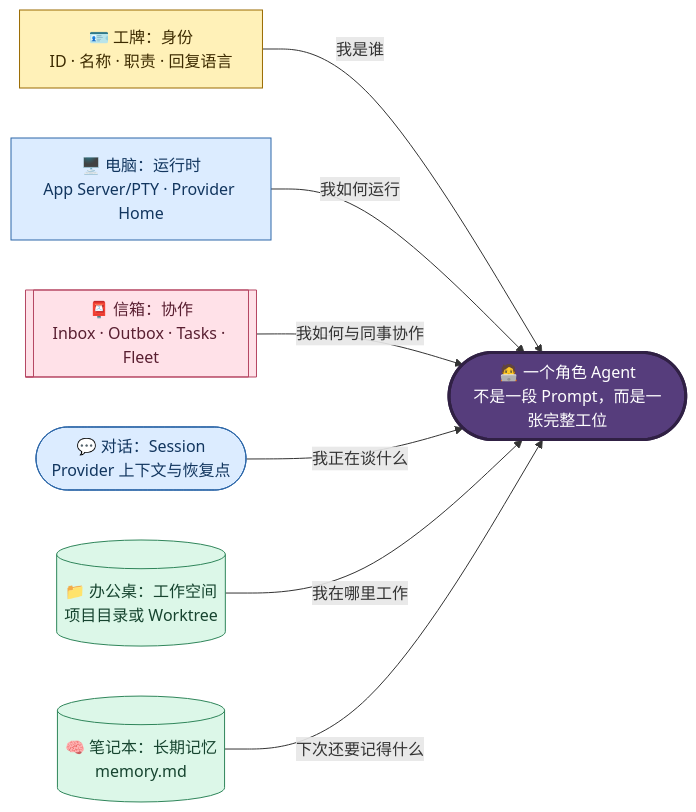
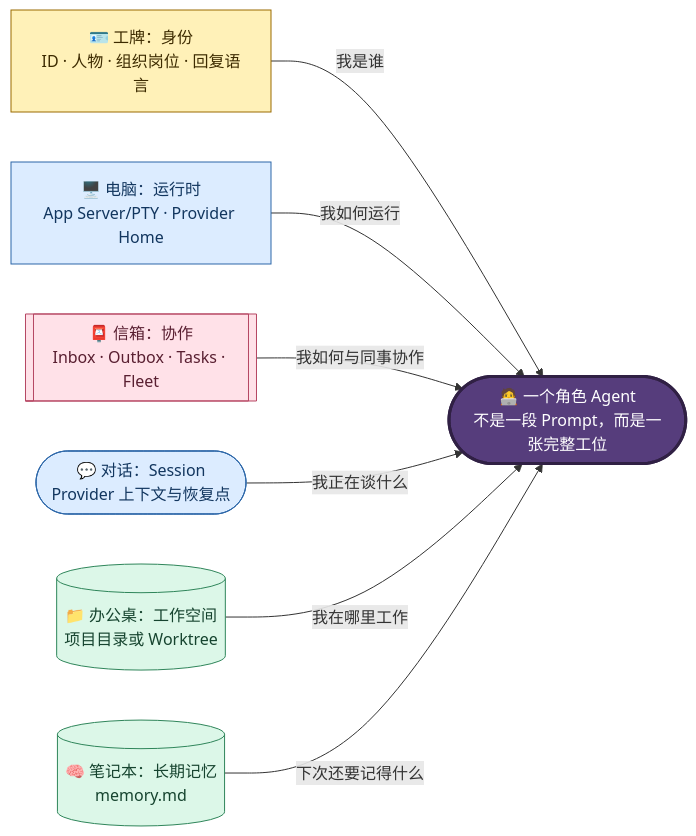
Before and after one commit to kldancer/munder-difflin: the second of 8 diagrams in docs/diy/正式设计文档/01-Munder-Difflin多Agent角色办公室架构与运行机制.md, drawn with Mermaid. The commit also changed other lines of this file and 18 other files, not shown here.

````diff
--- a/docs/diy/正式设计文档/01-Munder-Difflin多Agent角色办公室架构与运行机制.md
+++ b/docs/diy/正式设计文档/01-Munder-Difflin多Agent角色办公室架构与运行机制.md
@@ -150,28 +150,28 @@
 ```mermaid
 flowchart LR
     Agent(["🧑‍💻 一个角色 Agent\n不是一段 Prompt，而是一张完整工位"])
-    Identity["🪪 工牌：身份\nID · 名称 · 职责 · 回复语言"]
+    Identity["🪪 工牌：身份\nID · 人物 · 组织岗位 · 回复语言"]
     Runtime["🖥️ 电脑：运行时\nApp Server/PTY · Provider Home"]
     Coordination[["📮 信箱：协作\nInbox · Outbox · Tasks · Fleet"]]
     Conversation(["💬 对话：Session\nProvider 上下文与恢复点"])
     Workspace[("📁 办公桌：工作空间\n项目目录或 Worktree")]
     Memory[("🧠 笔记本：长期记忆\nmemory.md")]
 
     Identity -->|"我是谁"| Agent
     Runtime -->|"我如何运行"| Agent
     Coordination -->|"我如何与同事协作"| Agent
     Conversation -->|"我正在谈什么"| Agent
     Workspace -->|"我在哪里工作"| Agent
     Memory -->|"下次还要记得什么"| Agent
 
     classDef center fill:#563d7c,stroke:#302044,color:#fff,stroke-width:3px;
     classDef identity fill:#fff1b8,stroke:#9a6b00,color:#3d2b00;
     classDef runtime fill:#dcecff,stroke:#2d67a8,color:#12365f;
     classDef coord fill:#ffe1e8,stroke:#b64663,color:#591f31;
     classDef durable fill:#dcf7e8,stroke:#2f855a,color:#16442f;
     class Agent center;
     class Identity identity;
     class Runtime,Conversation runtime;
     class Coordination coord;
     class Workspace,Memory durable;
 ```
````
